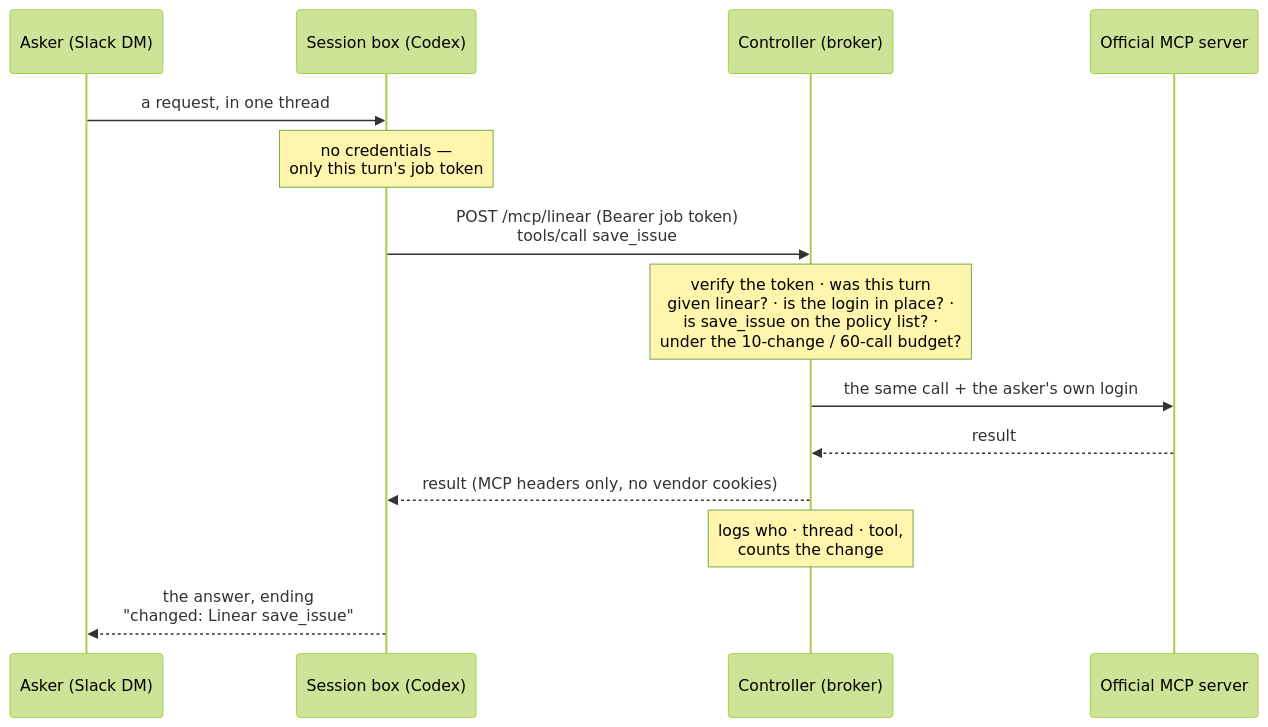
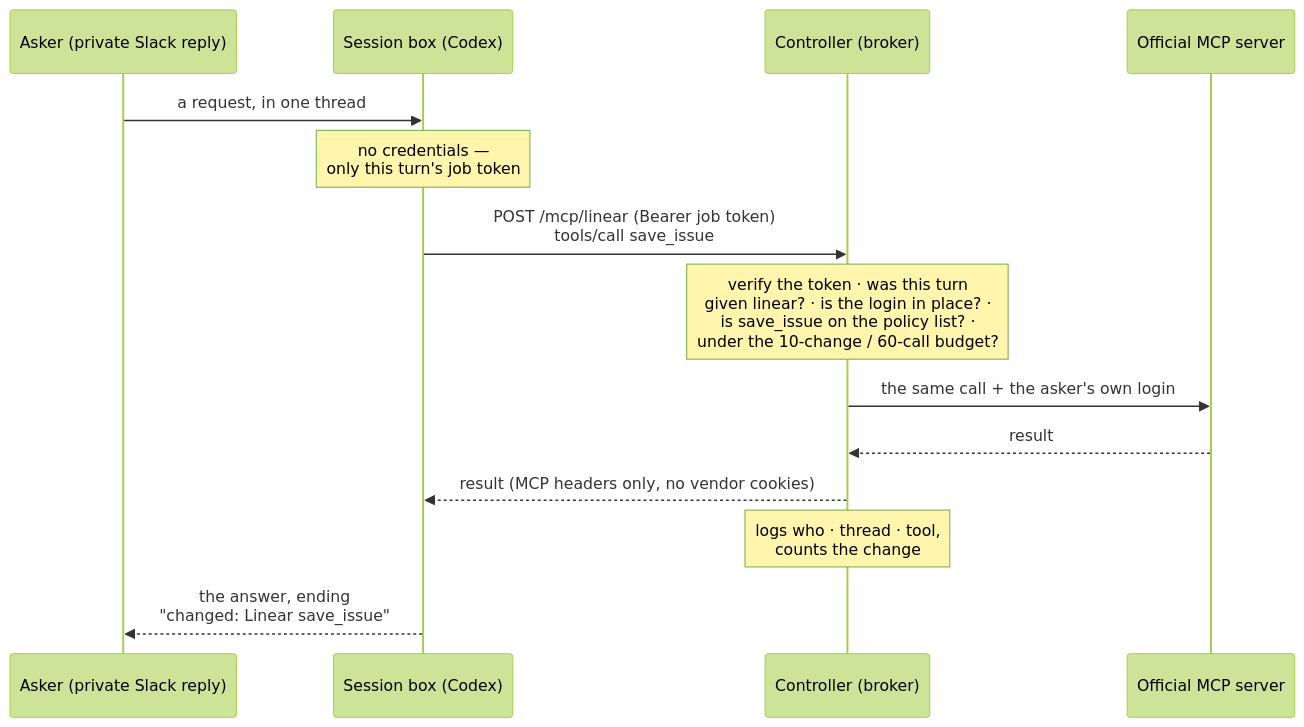
One commit to boxlite-ai/boxlite-github-agent changed the diagram in README.md. Above: the diagram before and after it, drawn with Mermaid (forest theme). The commit also changed other lines of this file and 15 other files, not shown here.

Commit message:
feat: isolate private Slack channel tool sessions (#49)

````diff
--- a/README.md
+++ b/README.md
@@ -216,16 +225,16 @@
 ```mermaid
 sequenceDiagram
-    participant A as Asker (Slack DM)
+    participant A as Asker (private Slack reply)
     participant B as Session box (Codex)
     participant C as Controller (broker)
     participant S as Official MCP server
     A->>B: a request, in one thread
     Note over B: no credentials —<br/>only this turn's job token
     B->>C: POST /mcp/linear (Bearer job token)<br/>tools/call save_issue
     Note over C: verify the token · was this turn<br/>given linear? · is the login in place? ·<br/>is save_issue on the policy list? ·<br/>under the 10-change / 60-call budget?
     C->>S: the same call + the asker's own login
     S-->>C: result
     C-->>B: result (MCP headers only, no vendor cookies)
     Note over C: logs who · thread · tool,<br/>counts the change
     B-->>A: the answer, ending<br/>"changed: Linear save_issue"
 ```
````
